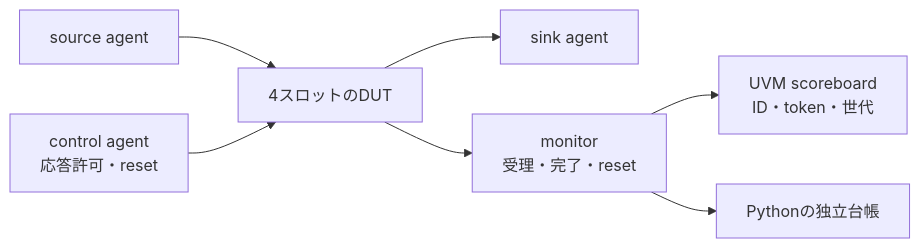
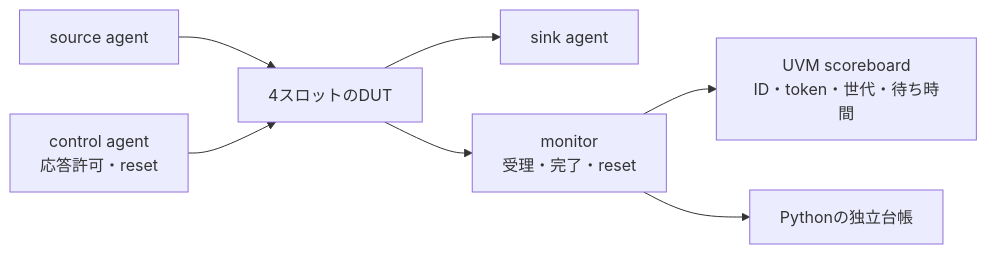
The diagram in examples/local-uvm-outstanding/README.md (kurochan001/lsi-verification-method), drawn with Mermaid before and after one commit. The commit also changed other lines of this file and 155 other files, not shown here.

````diff
--- a/examples/local-uvm-outstanding/README.md
+++ b/examples/local-uvm-outstanding/README.md
@@ -21,10 +32,10 @@
 ```mermaid
 flowchart LR
   accTitle: IDで対応付けるUVM検証環境
   accDescr: 入力と出力のmonitorが実際の受理と完了をscoreboardへ送り、IDとtokenで照合する。独立したPython台帳も同じ観測ログを再計算する。
   S["source agent"] --> D["4スロットのDUT"] --> K["sink agent"]
   C["control agent<br/>応答許可・reset"] --> D
   D --> M["monitor<br/>受理・完了・reset"]
-  M --> B["UVM scoreboard<br/>ID・token・世代"]
+  M --> B["UVM scoreboard<br/>ID・token・世代・待ち時間"]
   M --> P["Pythonの独立台帳"]
 ```
````
